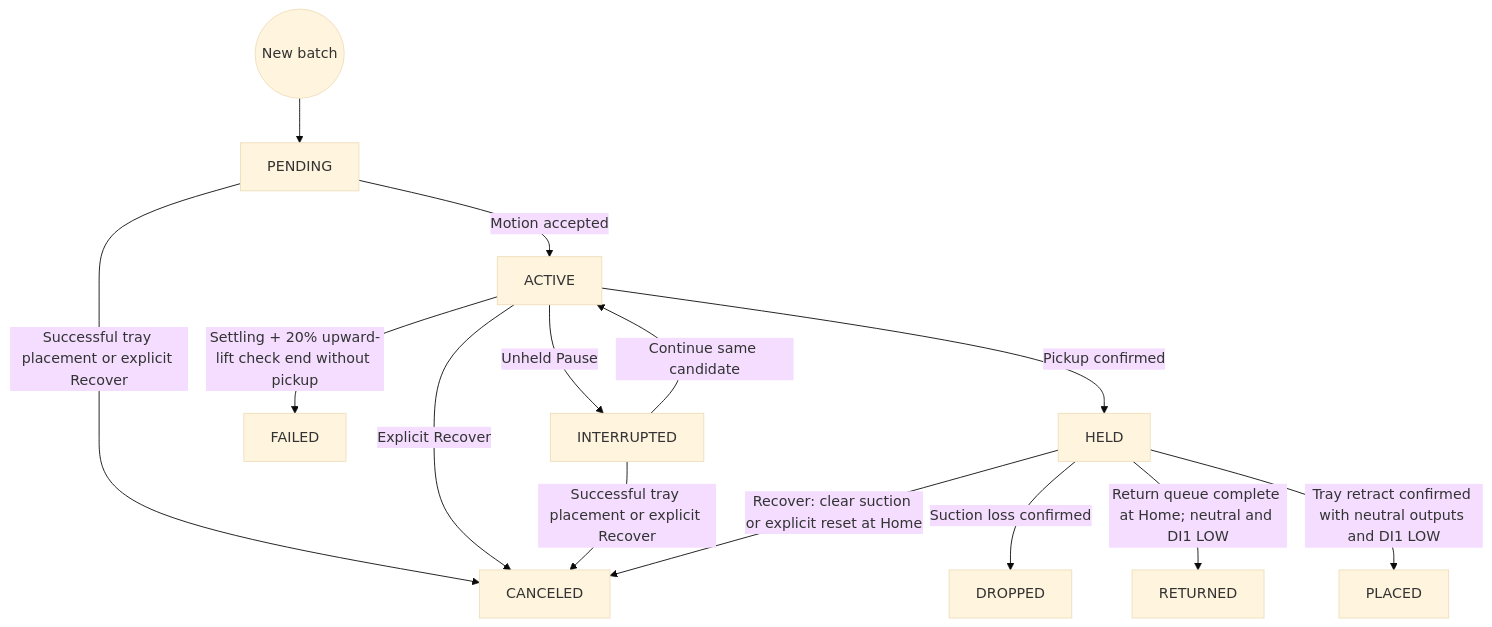
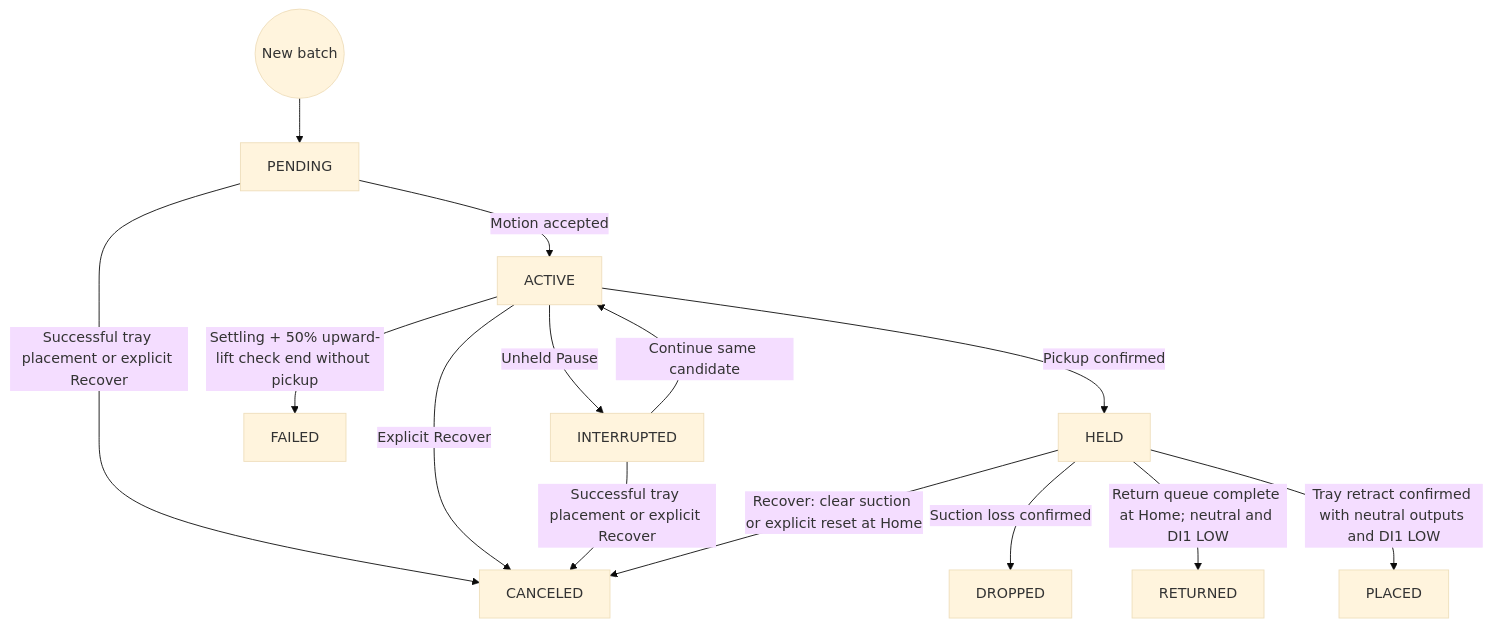
One commit to esgange/dobot_picknplace_yolo changed the fourth of 9 diagrams in docs/ROBOT_CONTROLLER_FSM.md. Above: the diagram before and after it, drawn with Mermaid (base theme). The commit also changed other lines of this file and 9 other files, not shown here.

Commit message:
Increase last-chance pickup lift to 50 percent

````diff
--- a/docs/ROBOT_CONTROLLER_FSM.md
+++ b/docs/ROBOT_CONTROLLER_FSM.md
@@ -756,16 +757,16 @@
 ```mermaid
 flowchart TD
     Batch((New batch)) --> PENDING
     PENDING -->|Motion accepted| ACTIVE
     ACTIVE -->|Unheld Pause| INTERRUPTED
     INTERRUPTED -->|Continue same candidate| ACTIVE
-    ACTIVE -->|Settling + 20% upward-lift check end without pickup| FAILED
+    ACTIVE -->|Settling + 50% upward-lift check end without pickup| FAILED
     ACTIVE -->|Pickup confirmed| HELD
     HELD -->|Suction loss confirmed| DROPPED
     HELD -->|Return queue complete at Home; neutral and DI1 LOW| RETURNED
     HELD -->|Tray retract confirmed with neutral outputs and DI1 LOW| PLACED
     PENDING -->|Successful tray placement or explicit Recover| CANCELED
     ACTIVE -->|Explicit Recover| CANCELED
     INTERRUPTED -->|Successful tray placement or explicit Recover| CANCELED
     HELD -->|Recover: clear suction or explicit reset at Home| CANCELED
 ```
````
